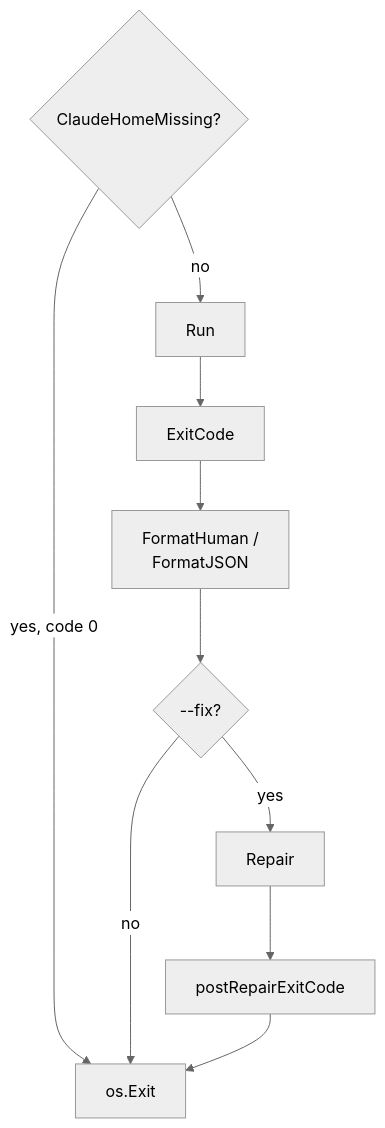
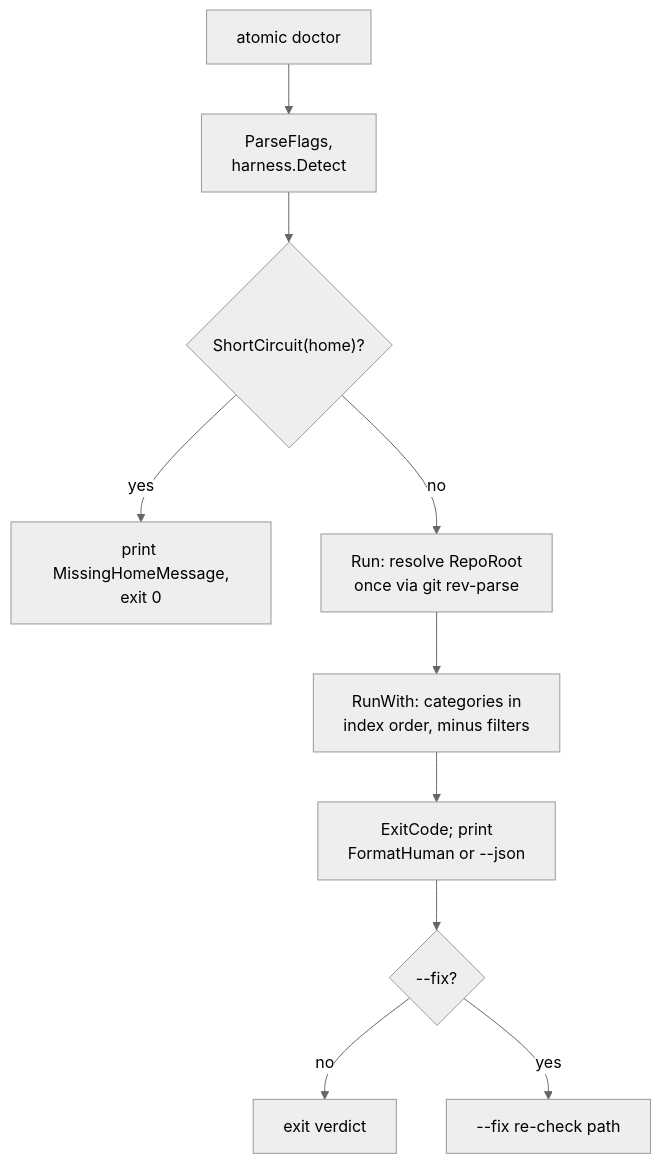
One commit to damusix/atomic-claude changed the first of 9 diagrams in docs/wiki/doctor.md. Above: the diagram before and after it, drawn with Mermaid (neutral theme). The commit also changed other lines of this file and 795 other files, not shown here.

First line of the commit message:
feat!: run Atomic on Claude Code, OMP, and Codex

````diff
--- a/docs/wiki/doctor.md
+++ b/docs/wiki/doctor.md
@@ -19,13 +25,13 @@
 ```mermaid
 flowchart TD
-    %% source: atomic/cmd/atomic/cmd_doctor.go; atomic/internal/doctor/doctor.go, exit.go, format.go, fix.go
-    H{"ClaudeHomeMissing?"} -->|"yes, code 0"| Out["os.Exit"]
-    H -->|no| R["Run"]
-    R --> E["ExitCode"]
-    E --> F["FormatHuman /<br/>FormatJSON"]
-    F --> X{"--fix?"}
-    X -->|no| Out
-    X -->|yes| P["Repair"]
-    P --> Q["postRepairExitCode"]
-    Q --> Out
+    %% source: atomic/cmd/atomic/cmd_doctor.go, atomic/internal/doctor/shortcircuit.go, doctor.go
+    A["atomic doctor"] --> P["ParseFlags,<br/>harness.Detect"]
+    P --> B{"ShortCircuit(home)?"}
+    B -->|yes| C["print MissingHomeMessage,<br/>exit 0"]
+    B -->|no| D["Run: resolve RepoRoot<br/>once via git rev-parse"]
+    D --> E["RunWith: categories in<br/>index order, minus filters"]
+    E --> F["ExitCode; print<br/>FormatHuman or --json"]
+    F --> H{"--fix?"}
+    H -->|no| J["exit verdict"]
+    H -->|yes| R["--fix re-check path"]
 ```
````
